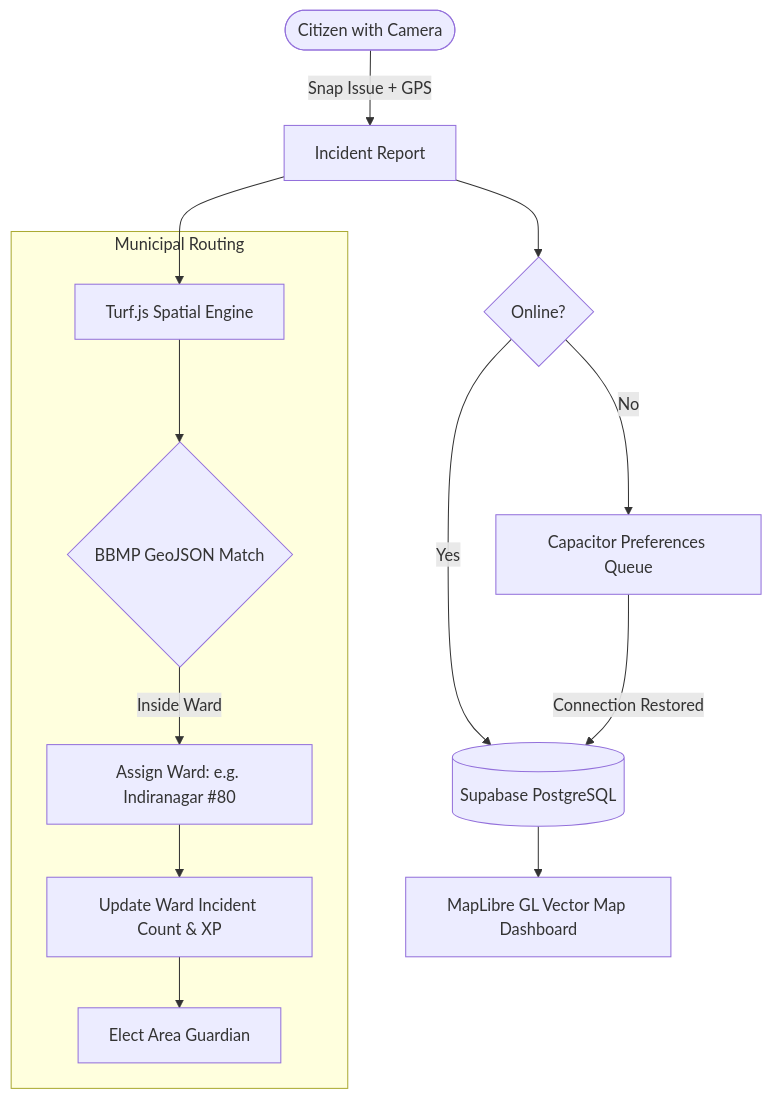
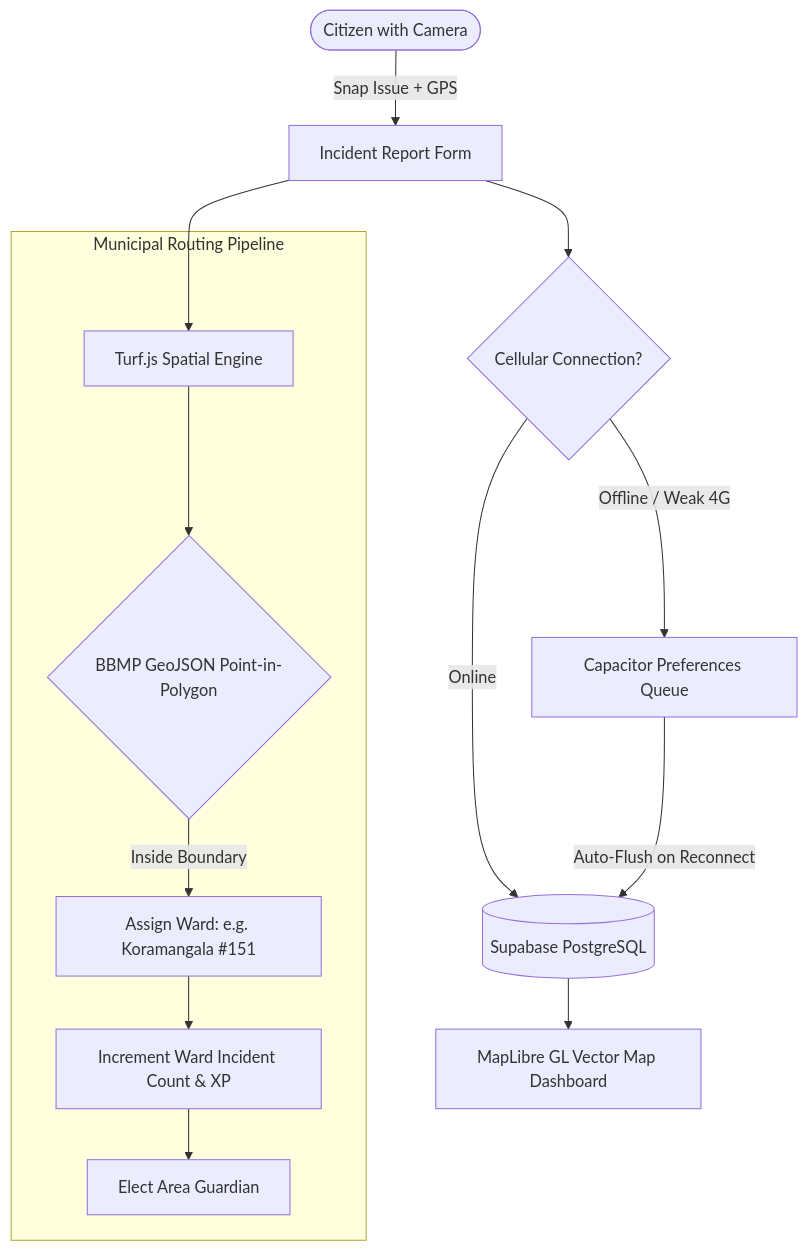
Before and after one commit to itsgoksz/namma-hood: the diagram in README.md, drawn with Mermaid. The commit also changed other lines of this file and 1 other file, not shown here.

````diff
--- a/README.md
+++ b/README.md
@@ -35,18 +34,18 @@
 ```mermaid
 flowchart TD
-    User([Citizen with Camera]) -->|Snap Issue + GPS| ReportFlow[Incident Report]
+    Citizen([Citizen with Camera]) -->|Snap Issue + GPS| ReportFlow[Incident Report Form]
     ReportFlow --> TurfCheck[Turf.js Spatial Engine]
     
-    subgraph GeoPipeline [Municipal Routing]
-        TurfCheck --> WardMatch{BBMP GeoJSON Match}
-        WardMatch -->|Inside Ward| AssignWard[Assign Ward: e.g. Indiranagar #80]
-        AssignWard --> WardRank[Update Ward Incident Count & XP]
+    subgraph GeoPipeline [Municipal Routing Pipeline]
+        TurfCheck --> WardMatch{BBMP GeoJSON Point-in-Polygon}
+        WardMatch -->|Inside Boundary| AssignWard[Assign Ward: e.g. Koramangala #151]
+        AssignWard --> WardRank[Increment Ward Incident Count & XP]
         WardRank --> GuardianCrown[Elect Area Guardian]
     end
 
-    ReportFlow --> NetCheck{Online?}
-    NetCheck -->|No| OfflineQueue[Capacitor Preferences Queue]
-    NetCheck -->|Yes| SupabaseDB[(Supabase PostgreSQL)]
-    OfflineQueue -->|Connection Restored| SupabaseDB
+    ReportFlow --> NetCheck{Cellular Connection?}
+    NetCheck -->|Offline / Weak 4G| OfflineQueue[Capacitor Preferences Queue]
+    NetCheck -->|Online| SupabaseDB[(Supabase PostgreSQL)]
+    OfflineQueue -->|Auto-Flush on Reconnect| SupabaseDB
     SupabaseDB --> LiveMap[MapLibre GL Vector Map Dashboard]
 ```
````
